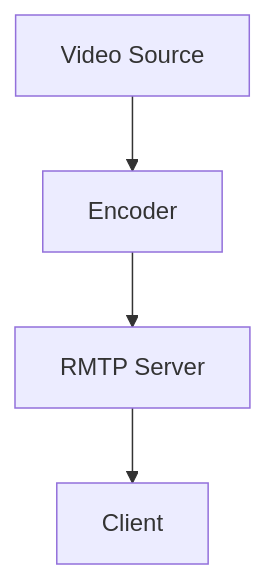
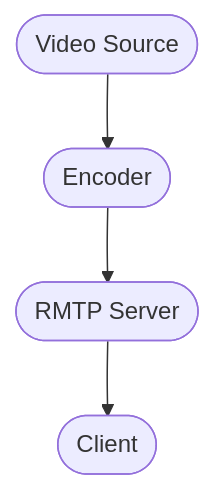
Before and after one commit to Philipelima/rtmp-server: the diagram in README.md, drawn with Mermaid.

Commit message:
feat: README.md

````diff
--- a/README.md
+++ b/README.md
@@ -28,7 +28,7 @@
 ```mermaid 
 
     graph TD;
-        R[Video Source]-->e[Encoder]-->S[RMTP Server];
-        S-->C[Client];
+        R([Video Source])-->e([Encoder])-->S([RMTP Server]);
+        S-->C([Client]);
       
 ```
````
